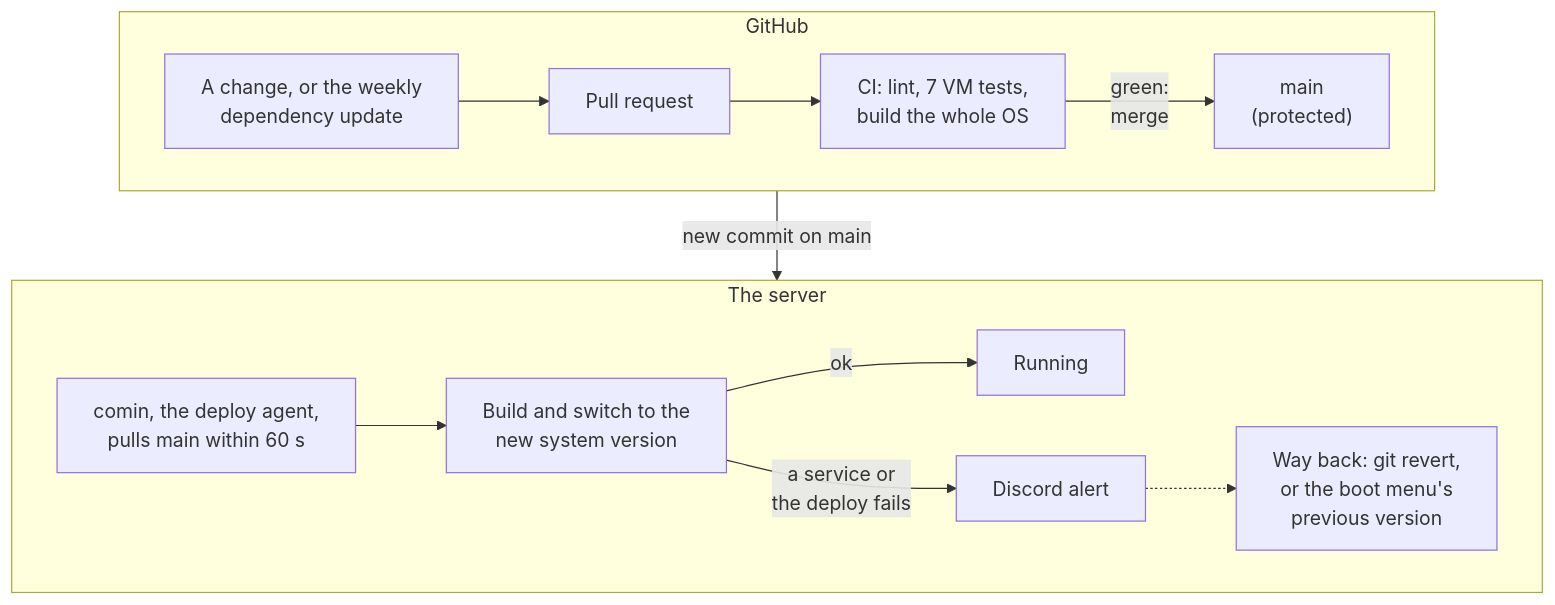
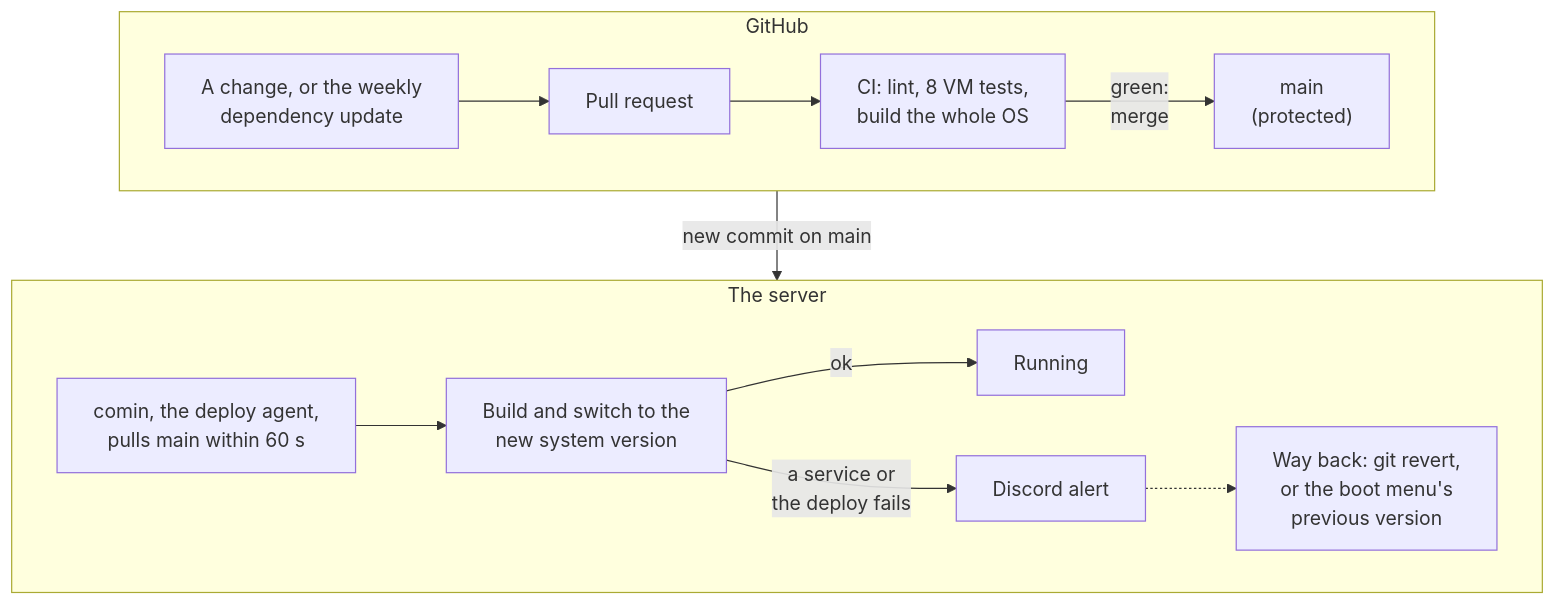
Before and after one commit to alexCranfield/nixos-homeserver: the first of 2 diagrams in README.md, drawn with Mermaid. The commit also changed other lines of this file and 10 other files, not shown here.

````diff
--- a/README.md
+++ b/README.md
@@ -17,22 +17,22 @@
 ```mermaid
 flowchart TD
     subgraph github["GitHub"]
         direction LR
         bot["A change, or the weekly<br/>dependency update"]
         pr["Pull request"]
-        ci["CI: lint, 7 VM tests,<br/>build the whole OS"]
+        ci["CI: lint, 8 VM tests,<br/>build the whole OS"]
         main["main<br/>(protected)"]
         bot --> pr --> ci -->|"green:<br/>merge"| main
     end
     subgraph nuc["The server"]
         direction LR
         comin["comin, the deploy agent,<br/>pulls main within 60 s"]
         switch["Build and switch to the<br/>new system version"]
         running["Running"]
         alert["Discord alert"]
         back["Way back: git revert,<br/>or the boot menu's<br/>previous version"]
         comin --> switch -->|ok| running
         switch -->|"a service or<br/>the deploy fails"| alert -.-> back
     end
     github -->|"new commit on main"| nuc
 ```
````
